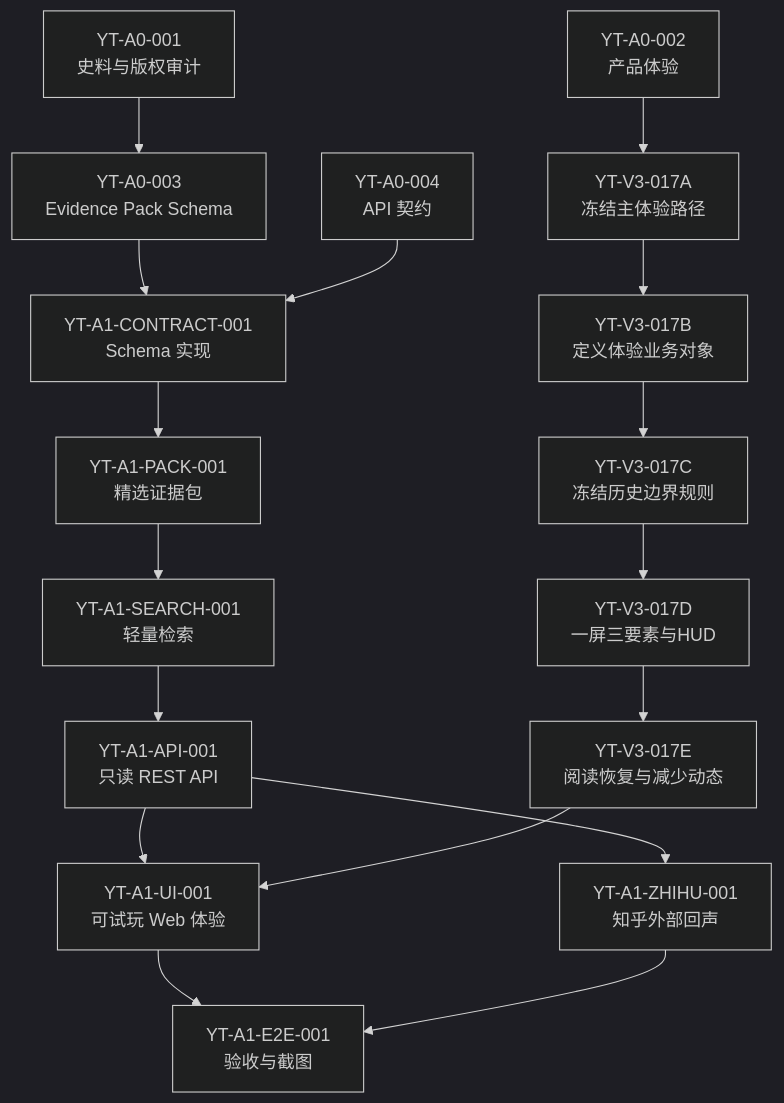
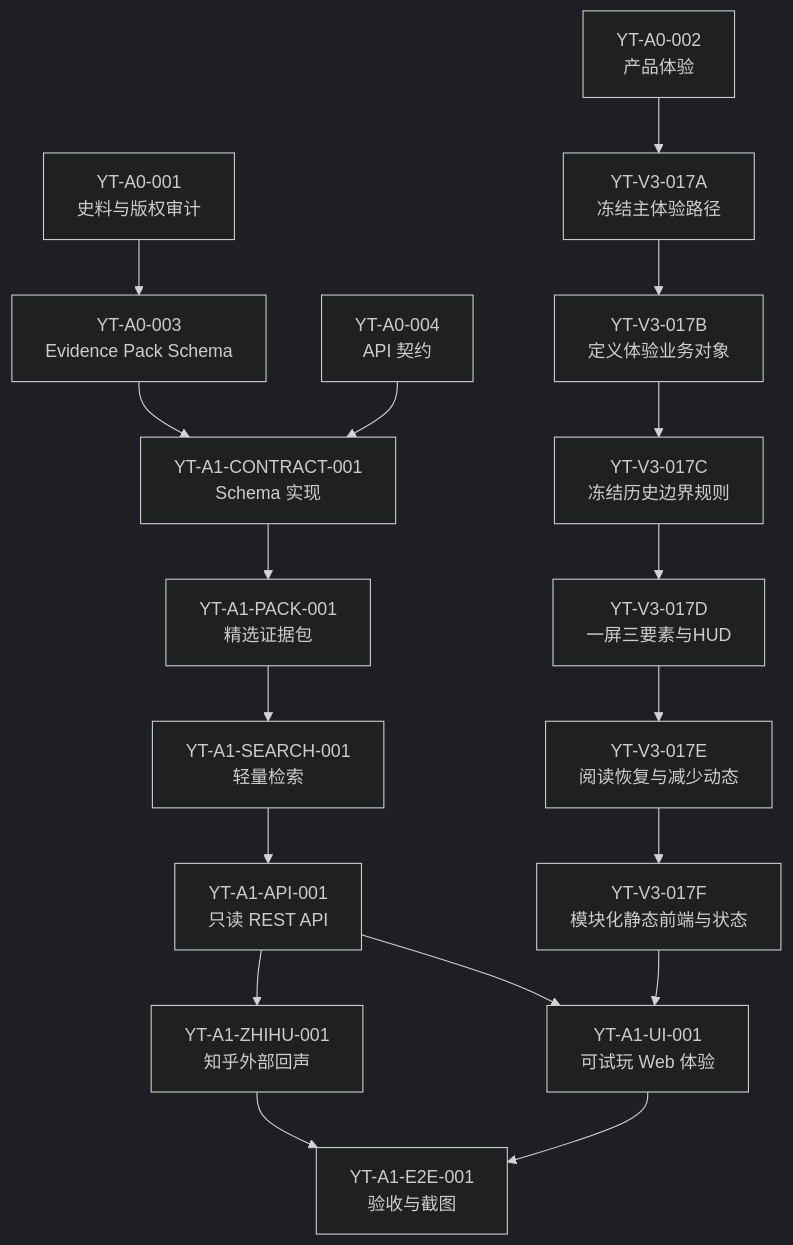
One commit to baijianqing/yantie-history changed the diagram in docs/YANTIE_TASK_BREAKDOWN.md. Above: the diagram before and after it, drawn with Mermaid (dark theme). The commit also changed other lines of this file, not shown here.

````diff
--- a/docs/YANTIE_TASK_BREAKDOWN.md
+++ b/docs/YANTIE_TASK_BREAKDOWN.md
@@ -24,20 +24,21 @@
 ```mermaid
 flowchart TB
     A001["YT-A0-001<br/>史料与版权审计"] --> A003["YT-A0-003<br/>Evidence Pack Schema"]
     A002["YT-A0-002<br/>产品体验"]
     A003 --> C001["YT-A1-CONTRACT-001<br/>Schema 实现"]
     A004["YT-A0-004<br/>API 契约"] --> C001
     C001 --> P001["YT-A1-PACK-001<br/>精选证据包"]
     P001 --> S001["YT-A1-SEARCH-001<br/>轻量检索"]
     S001 --> API001["YT-A1-API-001<br/>只读 REST API"]
     API001 --> UI001["YT-A1-UI-001<br/>可试玩 Web 体验"]
     API001 --> ZH001["YT-A1-ZHIHU-001<br/>知乎外部回声"]
     UI001 --> E2E001["YT-A1-E2E-001<br/>验收与截图"]
     ZH001 --> E2E001
     A002 --> V3017A["YT-V3-017A<br/>冻结主体验路径"]
     V3017A --> V3017B["YT-V3-017B<br/>定义体验业务对象"]
     V3017B --> V3017C["YT-V3-017C<br/>冻结历史边界规则"]
     V3017C --> V3017D["YT-V3-017D<br/>一屏三要素与HUD"]
     V3017D --> V3017E["YT-V3-017E<br/>阅读恢复与减少动态"]
-    V3017E --> UI001
+    V3017E --> V3017F["YT-V3-017F<br/>模块化静态前端与状态"]
+    V3017F --> UI001
 ```
````
